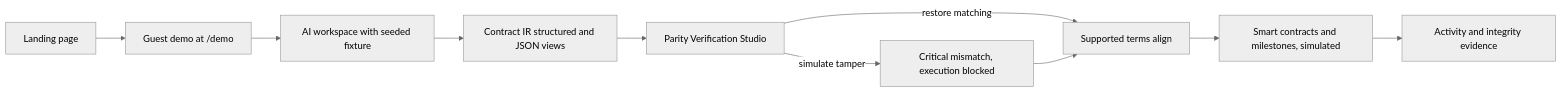
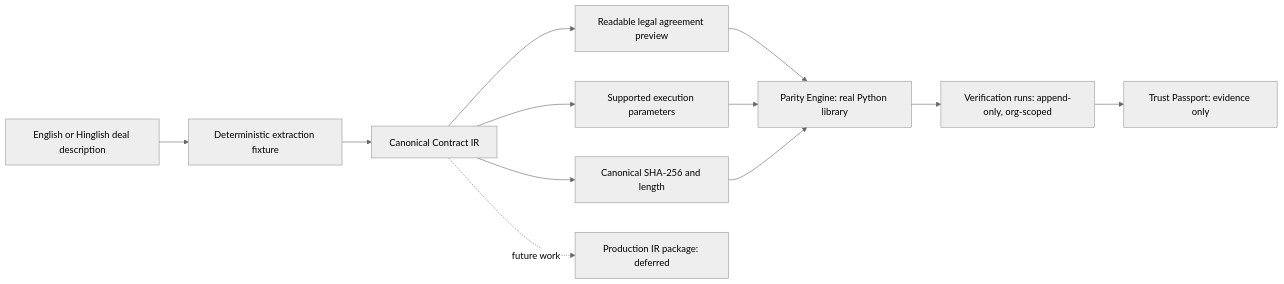
One commit to the-nidhi-bhat/LEXORA-LegalX changed the fifth of 5 diagrams in README.md. Above: the diagram before and after it, drawn with Mermaid (neutral theme). The commit also changed other lines of this file and 13 other files, not shown here.

````diff
--- a/README.md
+++ b/README.md
@@ -180,12 +245,14 @@
 ```mermaid
 flowchart LR
-    A[Landing page] --> B[Guest demo at /demo]
-    B --> C[AI workspace with seeded fixture]
-    C --> D[Contract IR structured and JSON views]
-    D --> E[Parity Verification Studio]
-    E -->|simulate tamper| F[Critical mismatch, execution blocked]
-    E -->|restore matching| G[Supported terms align]
-    F --> G
-    G --> H[Smart contracts and milestones, simulated]
-    H --> I[Activity and integrity evidence]
+    N[English or Hinglish deal description] --> X[Deterministic extraction fixture]
+    X --> IR[Canonical Contract IR]
+    IR --> H[Canonical SHA-256 and length]
+    IR --> D[Readable legal agreement preview]
+    IR --> E[Supported execution parameters]
+    D --> PE[Parity Engine: real Python library]
+    E --> PE
+    H --> PE
+    PE --> R[Verification runs: append-only, org-scoped]
+    R --> PP[Trust Passport: evidence only]
+    IR -. future work .-> PROD[Production IR package: deferred]
 ```
````
